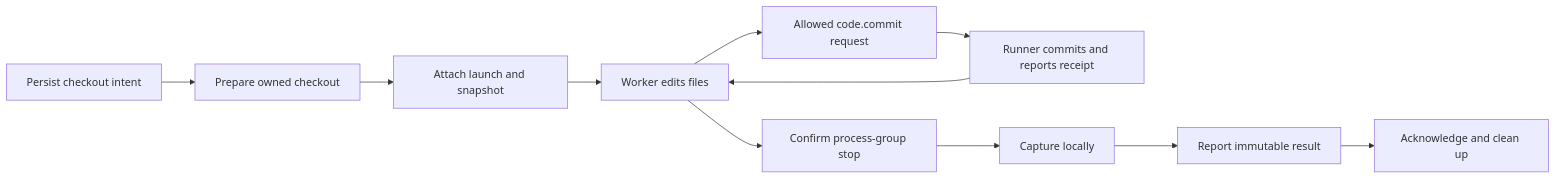
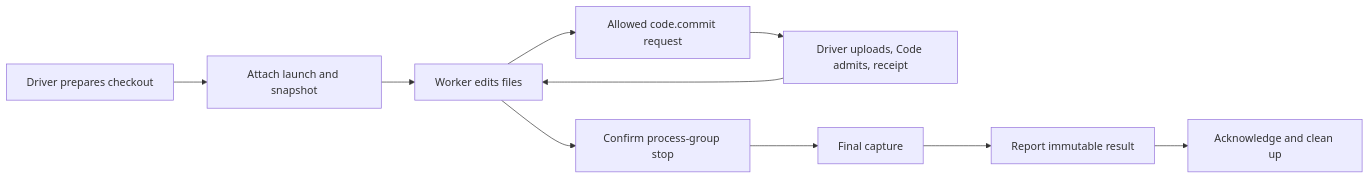
The diagram in merv-typescript/docs/WORKSPACES.md (rapidreview-io/Merv), drawn with Mermaid before and after one commit. The commit also changed other lines of this file and 12 other files, not shown here.

````diff
--- a/merv-typescript/docs/WORKSPACES.md
+++ b/merv-typescript/docs/WORKSPACES.md
@@ -114,13 +64,12 @@
 ```mermaid
 flowchart LR
-  P[Persist checkout intent] --> C[Prepare owned checkout]
-  C --> A[Attach launch and snapshot]
+  P[Driver prepares checkout] --> A[Attach launch and snapshot]
   A --> W[Worker edits files]
   W --> Q[Allowed code.commit request]
-  Q --> M[Runner commits and reports receipt]
+  Q --> M[Driver uploads, Code admits, receipt]
   M --> W
   W --> S[Confirm process-group stop]
-  S --> G[Capture locally]
+  S --> G[Final capture]
   G --> R[Report immutable result]
   R --> K[Acknowledge and clean up]
 ```
````
